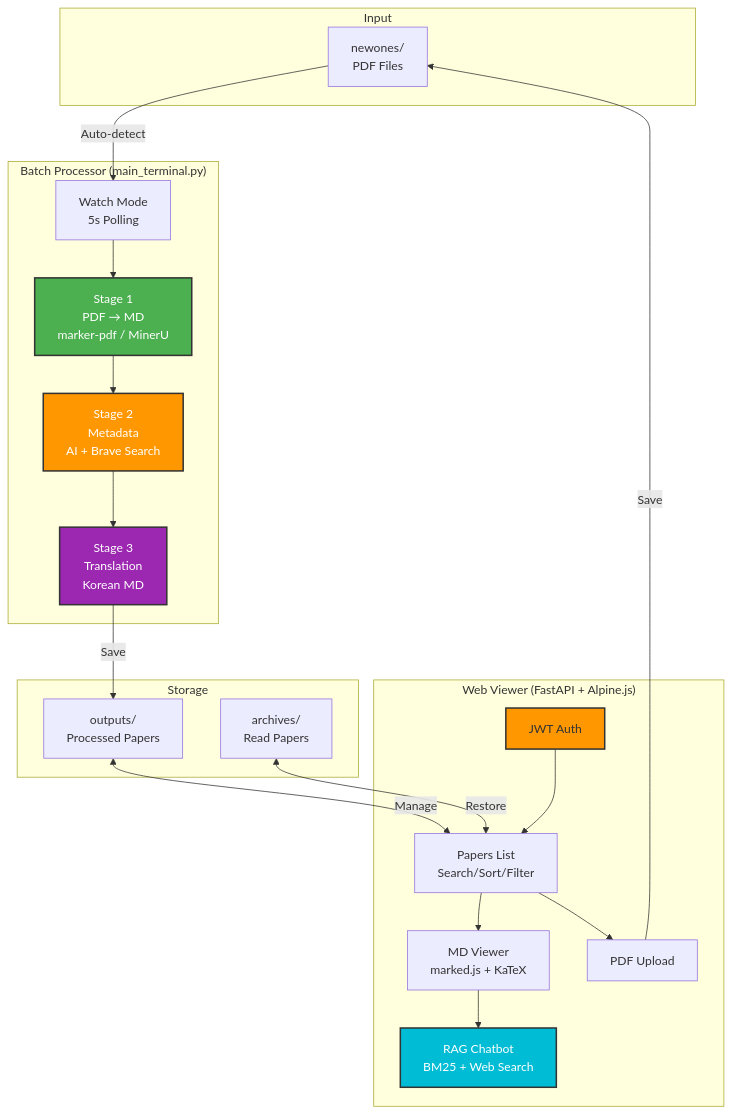
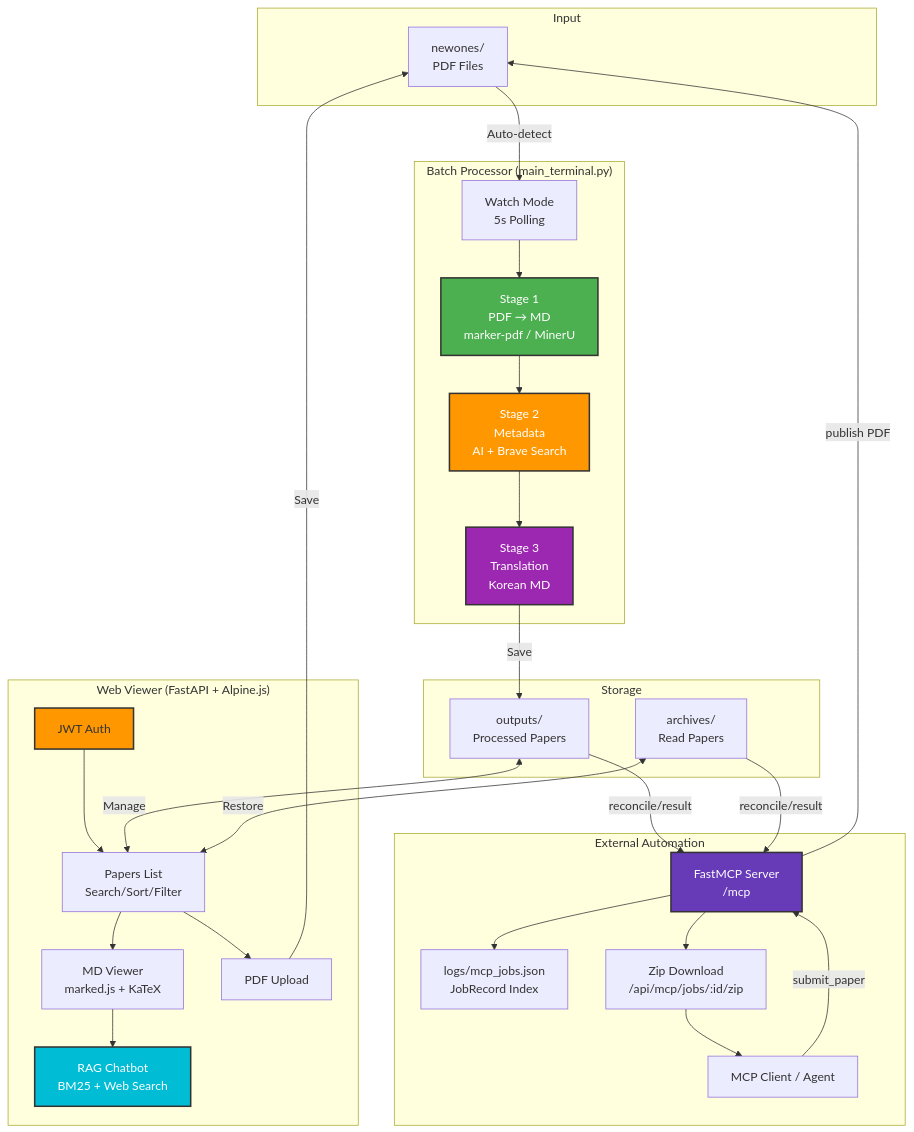
The fourth of 6 diagrams in README.md (restful3/paperflow), drawn with Mermaid before and after one commit. The commit also changed other lines of this file and 4 other files, not shown here.

````diff
--- a/README.md
+++ b/README.md
@@ -537,47 +659,63 @@
 ```mermaid
 graph TB
     subgraph "Input"
         PDF[newones/<br/>PDF Files]
+    end
+
+    subgraph "External Automation"
+        Agent[MCP Client / Agent]
+        MCP[FastMCP Server<br/>/mcp]
+        Jobs[logs/mcp_jobs.json<br/>JobRecord Index]
+        Zip[Zip Download<br/>/api/mcp/jobs/:id/zip]
+
+        Agent -->|submit_paper| MCP
+        MCP --> Jobs
+        MCP -->|publish PDF| PDF
+        MCP --> Zip
+        Zip --> Agent
     end
 
     subgraph "Batch Processor (main_terminal.py)"
         Watch[Watch Mode<br/>5s Polling]
         S1[Stage 1<br/>PDF → MD<br/>marker-pdf / MinerU]
         S2[Stage 2<br/>Metadata<br/>AI + Brave Search]
         S3[Stage 3<br/>Translation<br/>Korean MD]
 
         Watch --> S1
         S1 --> S2
         S2 --> S3
     end
 
     subgraph "Storage"
         Outputs[outputs/<br/>Processed Papers]
         Archives[archives/<br/>Read Papers]
     end
 
     subgraph "Web Viewer (FastAPI + Alpine.js)"
         Auth[JWT Auth]
         List[Papers List<br/>Search/Sort/Filter]
         Viewer[MD Viewer<br/>marked.js + KaTeX]
         Chat[RAG Chatbot<br/>BM25 + Web Search]
         Upload[PDF Upload]
 
         Auth --> List
         List --> Viewer
         Viewer --> Chat
         List --> Upload
     end
 
     PDF -->|Auto-detect| Watch
     S3 -->|Save| Outputs
+    Outputs -->|reconcile/result| MCP
+    Archives -->|reconcile/result| MCP
     Outputs <-->|Manage| List
     Archives <-->|Restore| List
     Upload -->|Save| PDF
 
     style S1 fill:#4CAF50,stroke:#333,stroke-width:2px,color:#fff
     style S2 fill:#FF9800,stroke:#333,stroke-width:2px,color:#fff
     style S3 fill:#9C27B0,stroke:#333,stroke-width:2px,color:#fff
     style Auth fill:#FF9800,stroke:#333,stroke-width:2px
     style Chat fill:#00BCD4,stroke:#333,stroke-width:2px,color:#fff
+    style MCP fill:#673AB7,stroke:#333,stroke-width:2px,color:#fff
 ```
````
